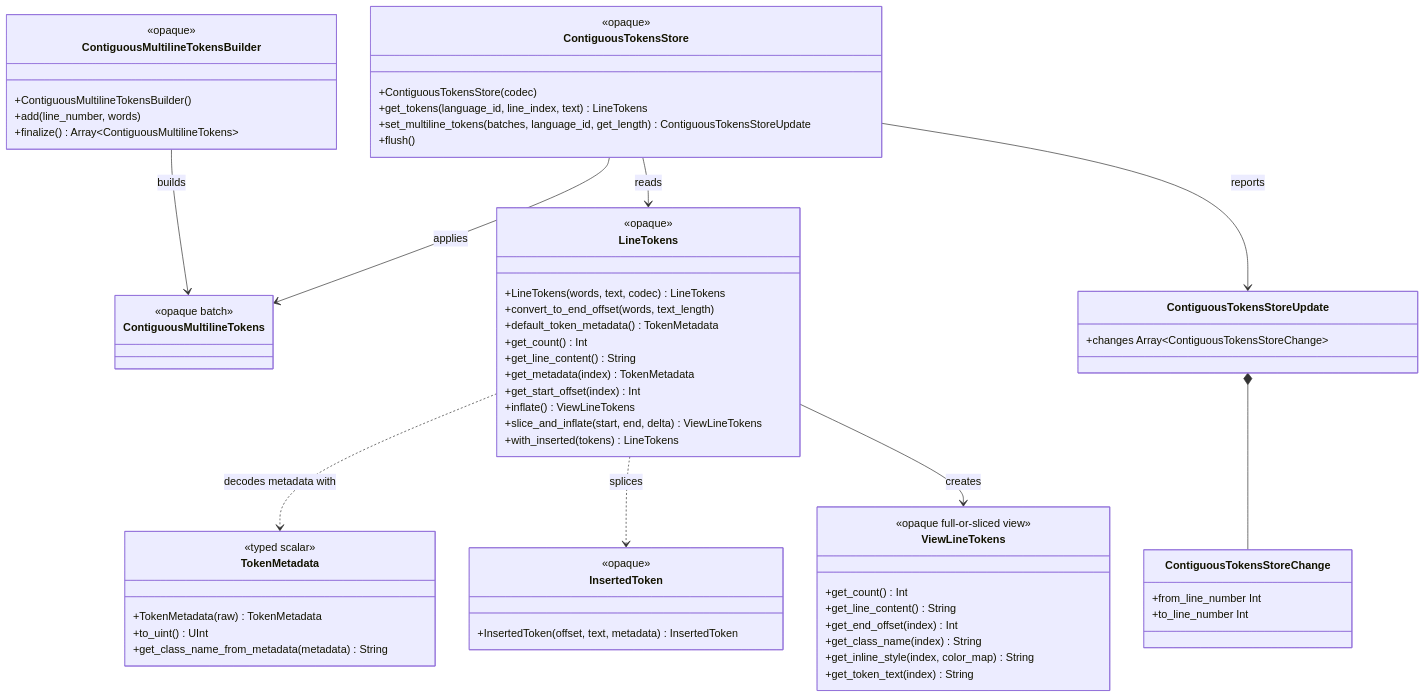
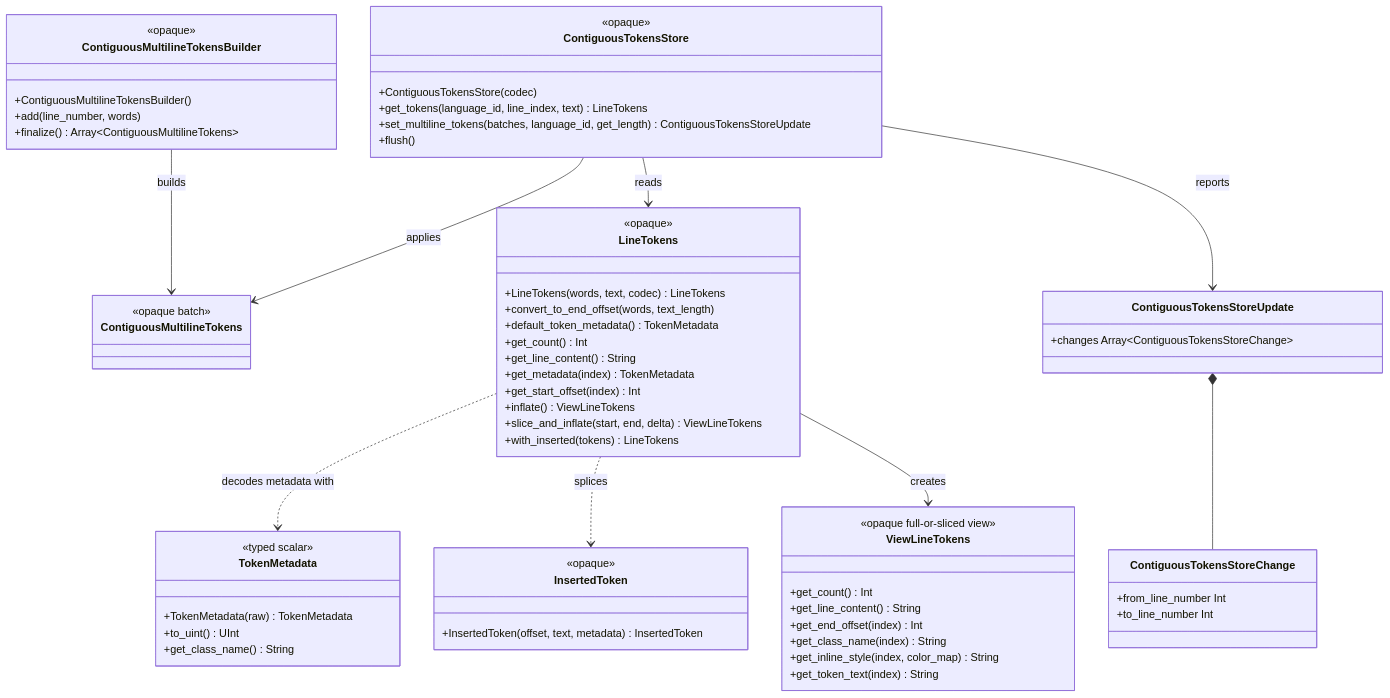
Before and after one commit to moonbitlang/editor: the diagram in viewer/common/tokens/README.mbt.md, drawn with Mermaid. The commit also changed other lines of this file and 7 other files, not shown here.

````diff
--- a/viewer/common/tokens/README.mbt.md
+++ b/viewer/common/tokens/README.mbt.md
@@ -24,77 +24,77 @@
 ```mermaid
 classDiagram
   direction TB
 
   class TokenMetadata {
     <<typed scalar>>
     +TokenMetadata(raw) TokenMetadata
     +to_uint() UInt
-    +get_class_name_from_metadata(metadata) String
+    +get_class_name() String
   }
 
   class LineTokens {
     <<opaque>>
     +LineTokens(words, text, codec) LineTokens
     +convert_to_end_offset(words, text_length)
     +default_token_metadata() TokenMetadata
     +get_count() Int
     +get_line_content() String
     +get_metadata(index) TokenMetadata
     +get_start_offset(index) Int
     +inflate() ViewLineTokens
     +slice_and_inflate(start, end, delta) ViewLineTokens
     +with_inserted(tokens) LineTokens
   }
 
   class ViewLineTokens {
     <<opaque full-or-sliced view>>
     +get_count() Int
     +get_line_content() String
     +get_end_offset(index) Int
     +get_class_name(index) String
     +get_inline_style(index, color_map) String
     +get_token_text(index) String
   }
 
   class InsertedToken {
     <<opaque>>
     +InsertedToken(offset, text, metadata) InsertedToken
   }
 
   class ContiguousMultilineTokensBuilder {
     <<opaque>>
     +ContiguousMultilineTokensBuilder()
     +add(line_number, words)
     +finalize() Array~ContiguousMultilineTokens~
   }
 
   class ContiguousMultilineTokens {
     <<opaque batch>>
   }
 
   class ContiguousTokensStore {
     <<opaque>>
     +ContiguousTokensStore(codec)
     +get_tokens(language_id, line_index, text) LineTokens
     +set_multiline_tokens(batches, language_id, get_length) ContiguousTokensStoreUpdate
     +flush()
   }
 
   class ContiguousTokensStoreUpdate {
     +changes Array~ContiguousTokensStoreChange~
   }
 
   class ContiguousTokensStoreChange {
     +from_line_number Int
     +to_line_number Int
   }
 
   LineTokens ..> TokenMetadata : decodes metadata with
   LineTokens ..> InsertedToken : splices
   LineTokens --> ViewLineTokens : creates
   ContiguousMultilineTokensBuilder --> ContiguousMultilineTokens : builds
   ContiguousTokensStore --> ContiguousMultilineTokens : applies
   ContiguousTokensStore --> LineTokens : reads
   ContiguousTokensStore --> ContiguousTokensStoreUpdate : reports
   ContiguousTokensStoreUpdate *-- ContiguousTokensStoreChange
 ```
````
